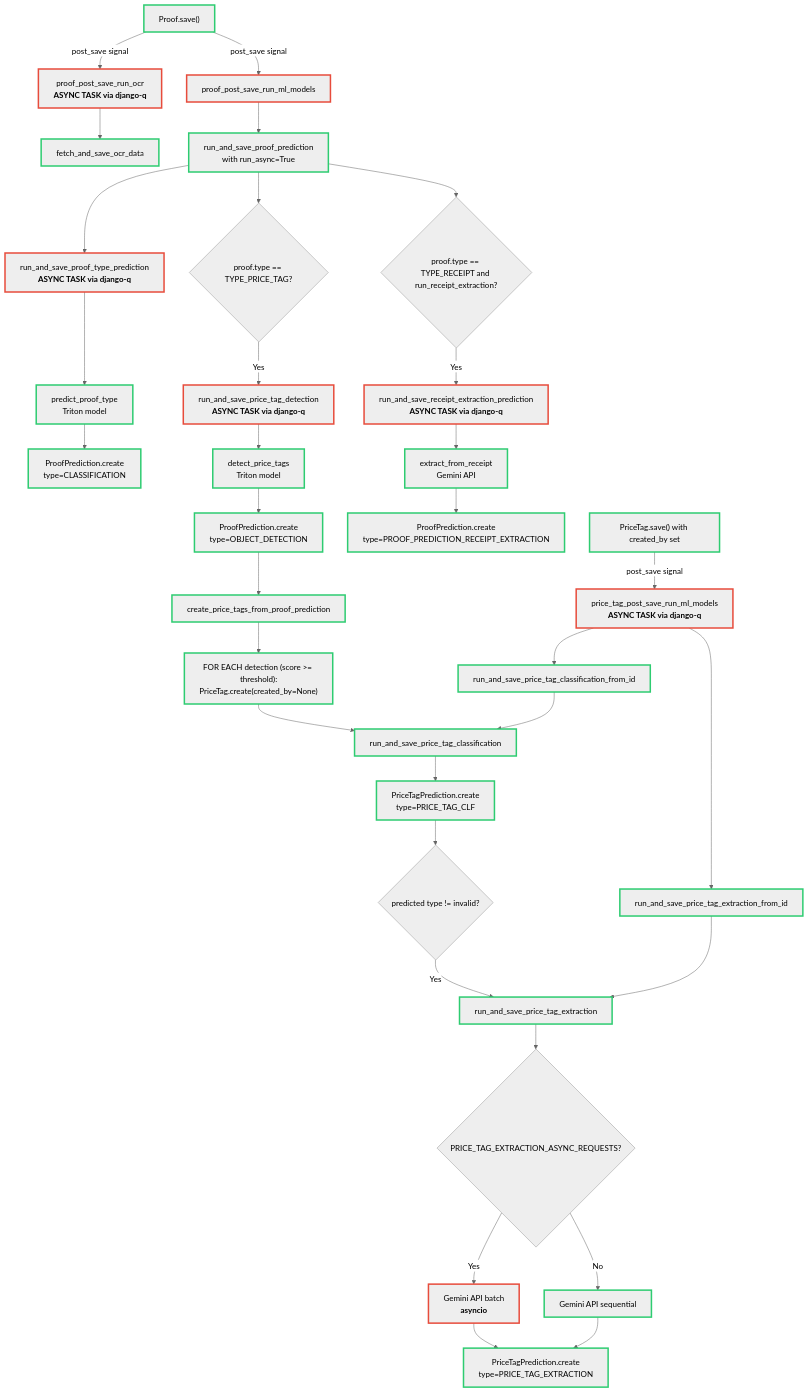
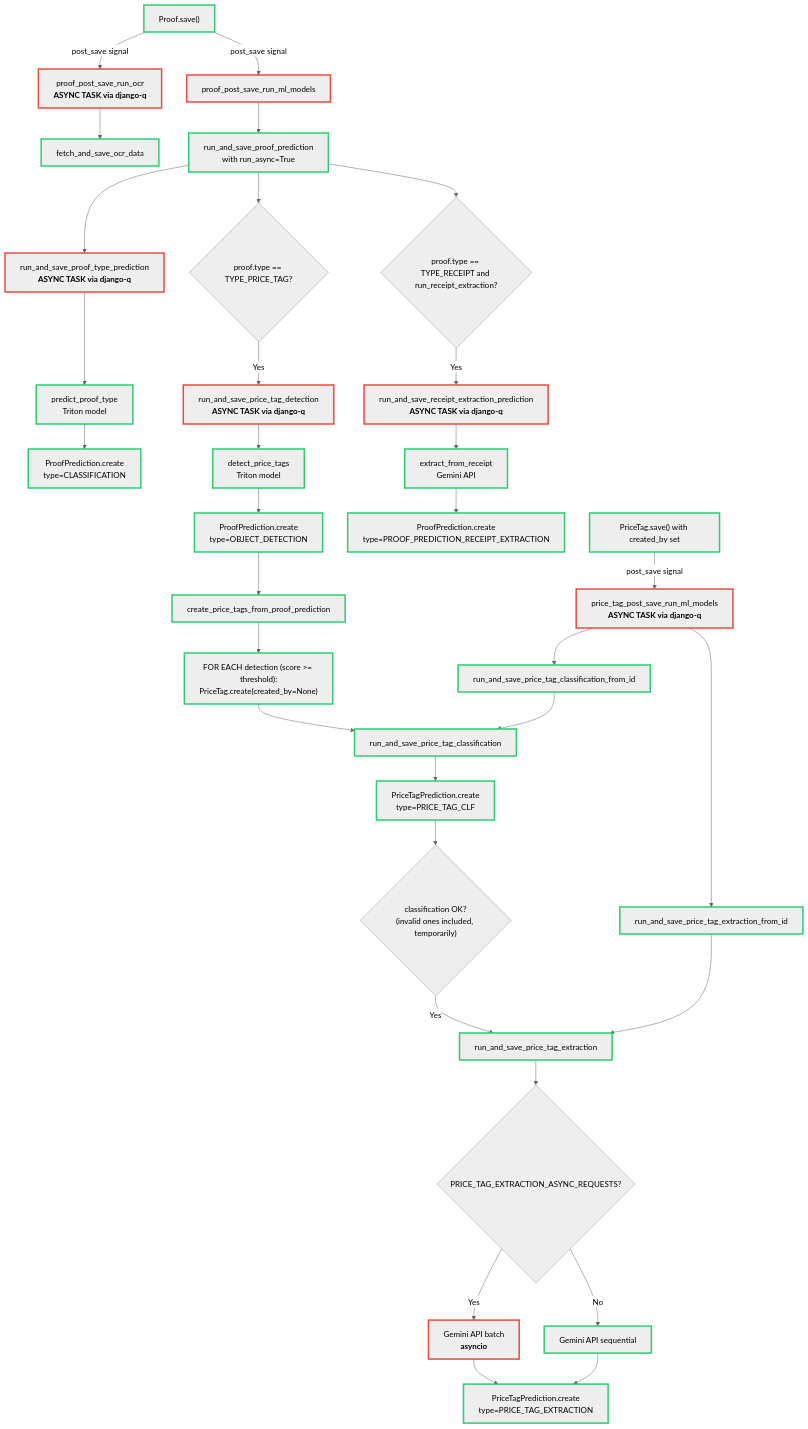
Before and after one commit to openfoodfacts/open-prices: the diagram in docs/topics/ai/proof-prediction-flow.md, drawn with Mermaid (neutral theme). The commit also changed 1 other file, not shown here.

Commit message:
docs(AI): add a recap table of the ML models (#1497)

````diff
--- a/docs/topics/ai/proof-prediction-flow.md
+++ b/docs/topics/ai/proof-prediction-flow.md
@@ -7,66 +7,66 @@
 ```mermaid
 graph TD
     A["Proof.save()"] -->|"post_save signal"| B["proof_post_save_run_ocr<br/><b>ASYNC TASK via django-q</b>"]
     A -->|"post_save signal"| C["proof_post_save_run_ml_models"]
 
     B --> B1["fetch_and_save_ocr_data"]
 
     C --> D["run_and_save_proof_prediction<br/>with run_async=True"]
     D --> E["run_and_save_proof_type_prediction<br/><b>ASYNC TASK via django-q</b>"]
     E --> E1["predict_proof_type<br/>Triton model"]
     E1 --> E2["ProofPrediction.create<br/>type=CLASSIFICATION"]
 
     D --> F{"proof.type == TYPE_PRICE_TAG?"}
     F -->|"Yes"| G["run_and_save_price_tag_detection<br/><b>ASYNC TASK via django-q</b>"]
     G --> G1["detect_price_tags<br/>Triton model"]
     G1 --> G2["ProofPrediction.create<br/>type=OBJECT_DETECTION"]
     G2 --> G3["create_price_tags_from_proof_prediction"]
     G3 --> G4["FOR EACH detection (score >= threshold):<br/>PriceTag.create(created_by=None)"]
     G4 --> G5["run_and_save_price_tag_classification"]
     G5 --> G6["PriceTagPrediction.create<br/>type=PRICE_TAG_CLF"]
-    G6 --> G7{"predicted type != invalid?"}
+    G6 --> G7{"classification OK?<br/>(invalid ones included, temporarily)"}
     G7 -->|"Yes"| H["run_and_save_price_tag_extraction"]
     H --> H1{PRICE_TAG_EXTRACTION_ASYNC_REQUESTS?}
     H1 -->|"Yes"| H2["Gemini API batch<br/><b>asyncio</b>"]
     H1 -->|"No"| H3["Gemini API sequential"]
     H2 --> H4["PriceTagPrediction.create<br/>type=PRICE_TAG_EXTRACTION"]
     H3 --> H4
 
     D --> I{"proof.type == TYPE_RECEIPT and run_receipt_extraction?"}
     I -->|"Yes"| J["run_and_save_receipt_extraction_prediction<br/><b>ASYNC TASK via django-q</b>"]
     J --> J1["extract_from_receipt<br/>Gemini API"]
     J1 --> J2["ProofPrediction.create<br/>type=PROOF_PREDICTION_RECEIPT_EXTRACTION"]
 
     K["PriceTag.save() with created_by set"] -->|"post_save signal"| L["price_tag_post_save_run_ml_models<br/><b>ASYNC TASK via django-q</b>"]
     L --> L1["run_and_save_price_tag_classification_from_id"]
     L --> L2["run_and_save_price_tag_extraction_from_id"]
     L1 --> G5
     L2 --> H
 
     style A stroke:#2ecc71,stroke-width:3px
     style B stroke:#e74c3c,stroke-width:3px
     style B1 stroke:#2ecc71,stroke-width:3px
     style C stroke:#e74c3c,stroke-width:3px
     style D stroke:#2ecc71,stroke-width:3px
     style E stroke:#e74c3c,stroke-width:3px
     style E1 stroke:#2ecc71,stroke-width:3px
     style E2 stroke:#2ecc71,stroke-width:3px
     style G stroke:#e74c3c,stroke-width:3px
     style G1 stroke:#2ecc71,stroke-width:3px
     style G2 stroke:#2ecc71,stroke-width:3px
     style G3 stroke:#2ecc71,stroke-width:3px
     style G4 stroke:#2ecc71,stroke-width:3px
     style G5 stroke:#2ecc71,stroke-width:3px
     style G6 stroke:#2ecc71,stroke-width:3px
     style H stroke:#2ecc71,stroke-width:3px
     style H2 stroke:#e74c3c,stroke-width:3px
     style H3 stroke:#2ecc71,stroke-width:3px
     style H4 stroke:#2ecc71,stroke-width:3px
     style J stroke:#e74c3c,stroke-width:3px
     style J1 stroke:#2ecc71,stroke-width:3px
     style J2 stroke:#2ecc71,stroke-width:3px
     style K stroke:#2ecc71,stroke-width:3px
     style L stroke:#e74c3c,stroke-width:3px
     style L1 stroke:#2ecc71,stroke-width:3px
     style L2 stroke:#2ecc71,stroke-width:3px
 ```
````
